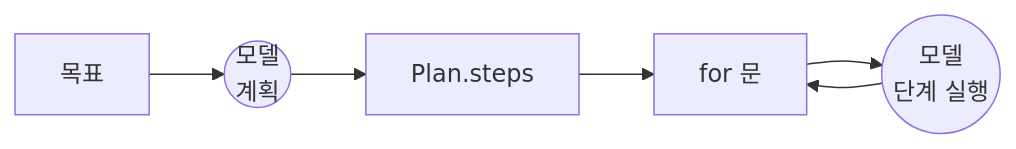
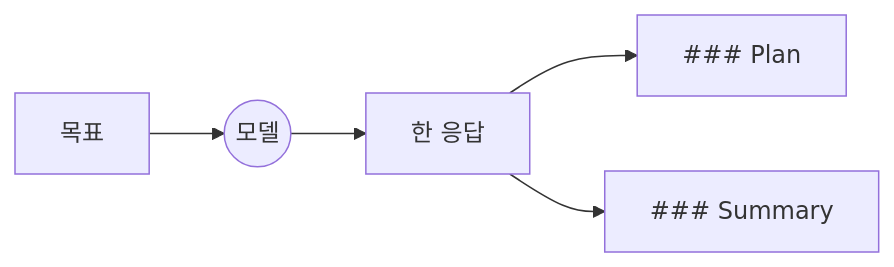
Before and after one commit to devjune/ai-study: the seventh of 22 diagrams in docs/phase2/Spring AI로 구현하는 에이전틱 패턴.md, drawn with Mermaid. The commit also changed other lines of this file and 5 other files, not shown here.

````diff
--- a/docs/phase2/Spring AI로 구현하는 에이전틱 패턴.md
+++ b/docs/phase2/Spring AI로 구현하는 에이전틱 패턴.md
@@ -303,8 +303,7 @@
 ```mermaid
 flowchart LR
-    G[목표] --> M1((모델<br/>계획))
-    M1 --> P[Plan.steps]
-    P --> L[for 문]
-    L --> M2((모델<br/>단계 실행))
-    M2 --> L
+    G[목표] --> M((모델))
+    M --> R[한 응답]
+    R --> P["### Plan"]
+    R --> S["### Summary"]
 ```
````
